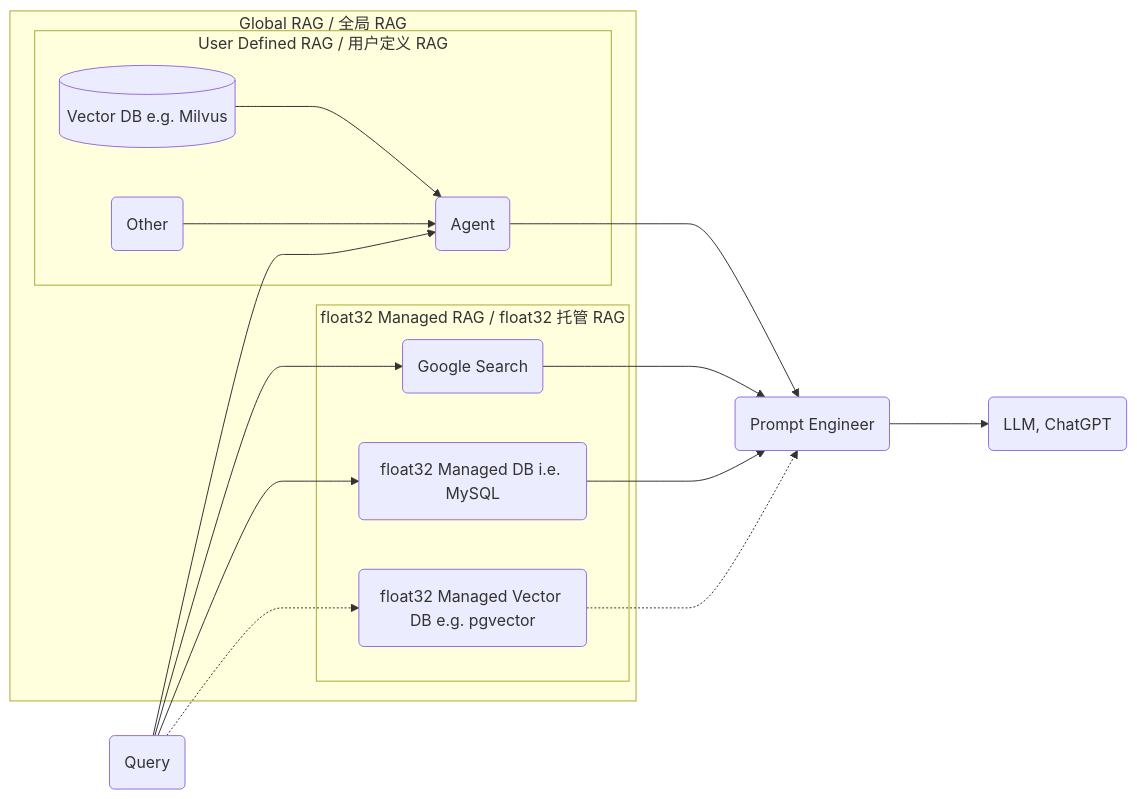
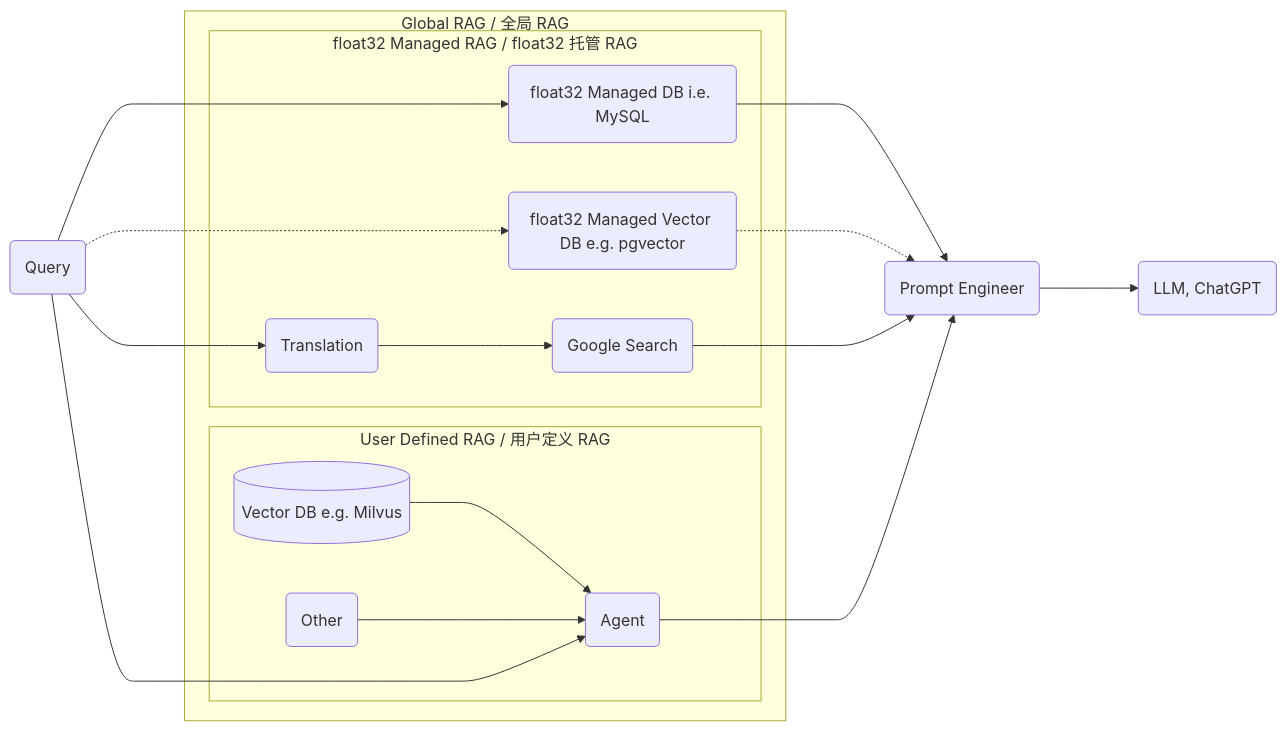
One commit to KevinZonda/float32 changed the diagram in README.md. Above: the diagram before and after it, drawn with Mermaid.

````diff
--- a/README.md
+++ b/README.md
@@ -10,31 +10,33 @@
 ```mermaid
 flowchart LR
     start(Query)
     
     agent(Agent)
     vdb[(Vector DB e.g. Milvus)]
     othr(Other)
     pt(Prompt Engineer)
     llm(LLM, ChatGPT)
     subgraph Global RAG / 全局 RAG
         subgraph User Defined RAG / 用户定义 RAG
             vdb  ---> agent
             othr ---> agent
         end
         subgraph float32 Managed RAG / float32 托管 RAG
+            translate(Translation)
             google(Google Search)
+            translate ---> google
             db(float32 Managed DB i.e. MySQL)
             mvdb(float32 Managed Vector DB e.g. pgvector)
         end
     end
-    start  ---> google
+    start  ---> translate
     start  ---> agent
     start  ---> db
     start  ..-> mvdb
     db     ---> pt
     mvdb   ..-> pt
     google ---> pt
     agent  ---> pt
     pt     ---> llm
 
 ```
````
